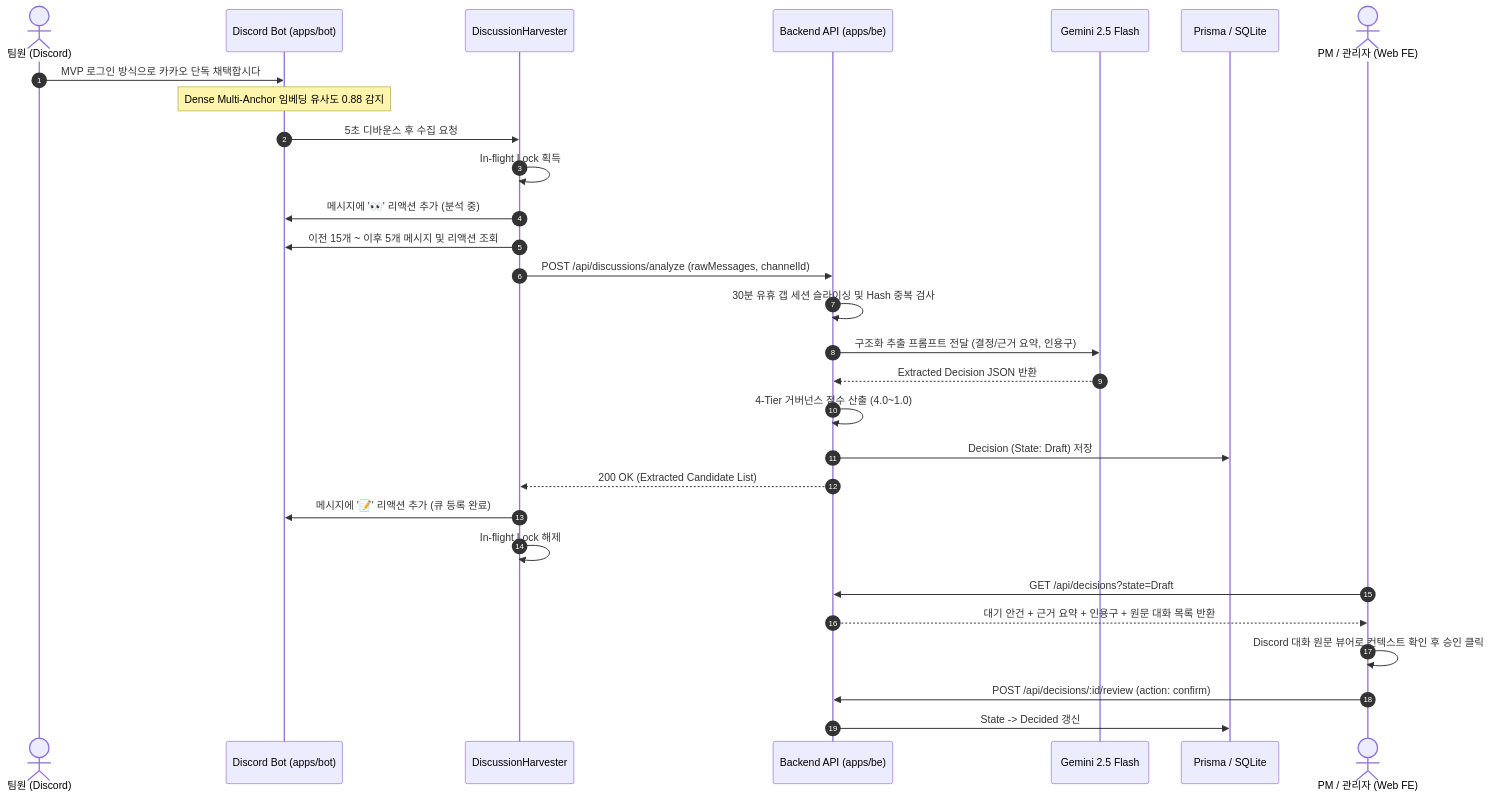
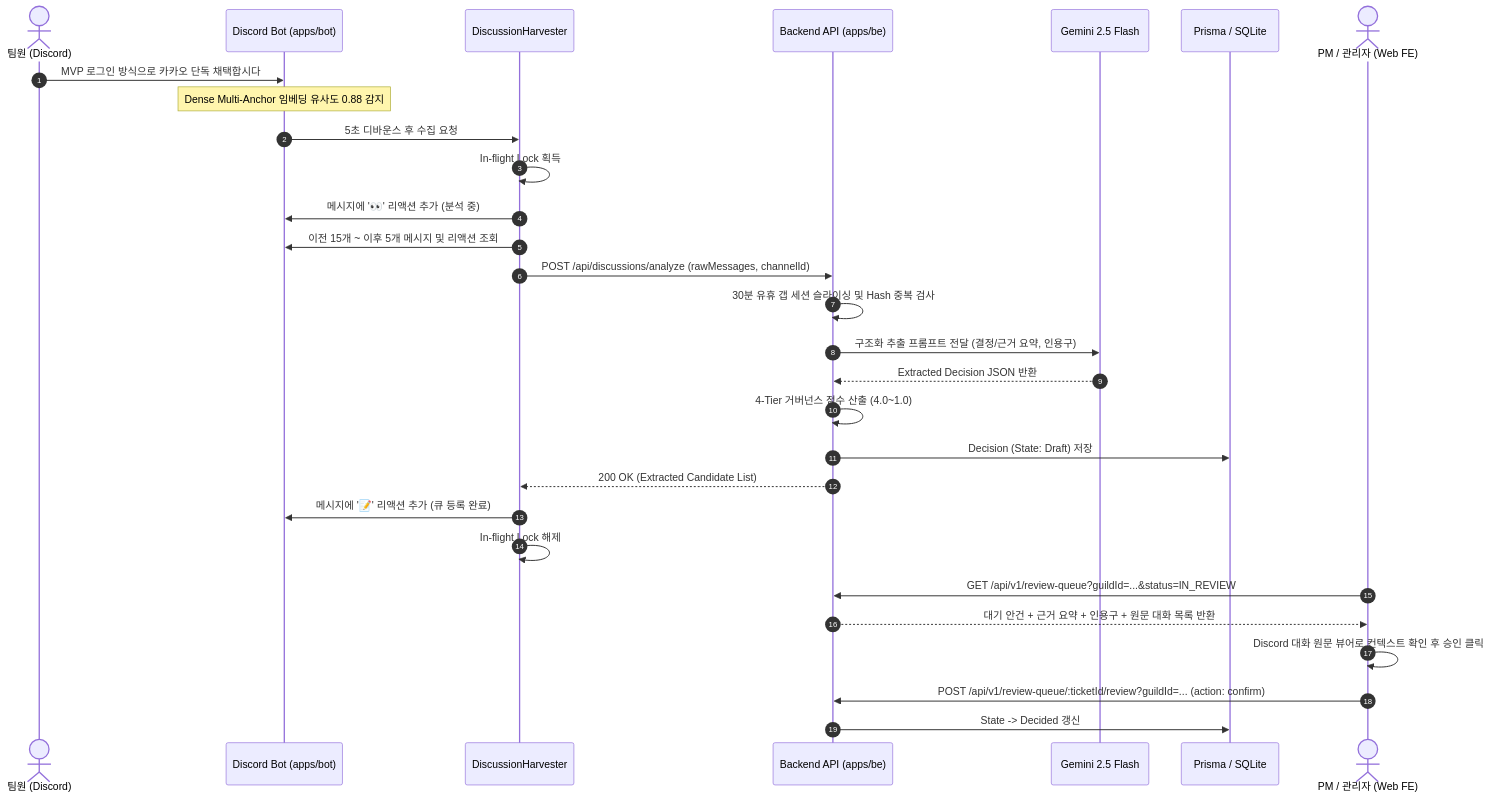
The third of 3 diagrams in docs/diagrams/discord-bot-architecture.md (WooDDANG/ggadak), drawn with Mermaid before and after one commit. The commit also changed 24 other files, not shown here.

````diff
--- a/docs/diagrams/discord-bot-architecture.md
+++ b/docs/diagrams/discord-bot-architecture.md
@@ -118,38 +118,38 @@
 ```mermaid
 sequenceDiagram
     autonumber
     actor User as 팀원 (Discord)
     participant Bot as Discord Bot (apps/bot)
     participant Harvester as DiscussionHarvester
     participant BE as Backend API (apps/be)
     participant AI as Gemini 2.5 Flash
     participant DB as Prisma / SQLite
     actor PM as PM / 관리자 (Web FE)
 
     User->>Bot: MVP 로그인 방식으로 카카오 단독 채택합시다
     Note over Bot: Dense Multi-Anchor 임베딩 유사도 0.88 감지
     Bot->>Harvester: 5초 디바운스 후 수집 요청
     
     Harvester->>Harvester: In-flight Lock 획득
     Harvester->>Bot: 메시지에 '👀' 리액션 추가 (분석 중)
     Harvester->>Bot: 이전 15개 ~ 이후 5개 메시지 및 리액션 조회
     
     Harvester->>BE: POST /api/discussions/analyze (rawMessages, channelId)
     
     BE->>BE: 30분 유휴 갭 세션 슬라이싱 및 Hash 중복 검사
     BE->>AI: 구조화 추출 프롬프트 전달 (결정/근거 요약, 인용구)
     AI-->>BE: Extracted Decision JSON 반환
     
     BE->>BE: 4-Tier 거버넌스 점수 산출 (4.0~1.0)
     BE->>DB: Decision (State: Draft) 저장
     BE-->>Harvester: 200 OK (Extracted Candidate List)
     
     Harvester->>Bot: 메시지에 '📝' 리액션 추가 (큐 등록 완료)
     Harvester->>Harvester: In-flight Lock 해제
     
-    PM->>BE: GET /api/decisions?state=Draft
+    PM->>BE: GET /api/v1/review-queue?guildId=...&status=IN_REVIEW
     BE-->>PM: 대기 안건 + 근거 요약 + 인용구 + 원문 대화 목록 반환
     PM->>PM: Discord 대화 원문 뷰어로 컨텍스트 확인 후 승인 클릭
-    PM->>BE: POST /api/decisions/:id/review (action: confirm)
+    PM->>BE: POST /api/v1/review-queue/:ticketId/review?guildId=... (action: confirm)
     BE->>DB: State -> Decided 갱신
 ```
````
